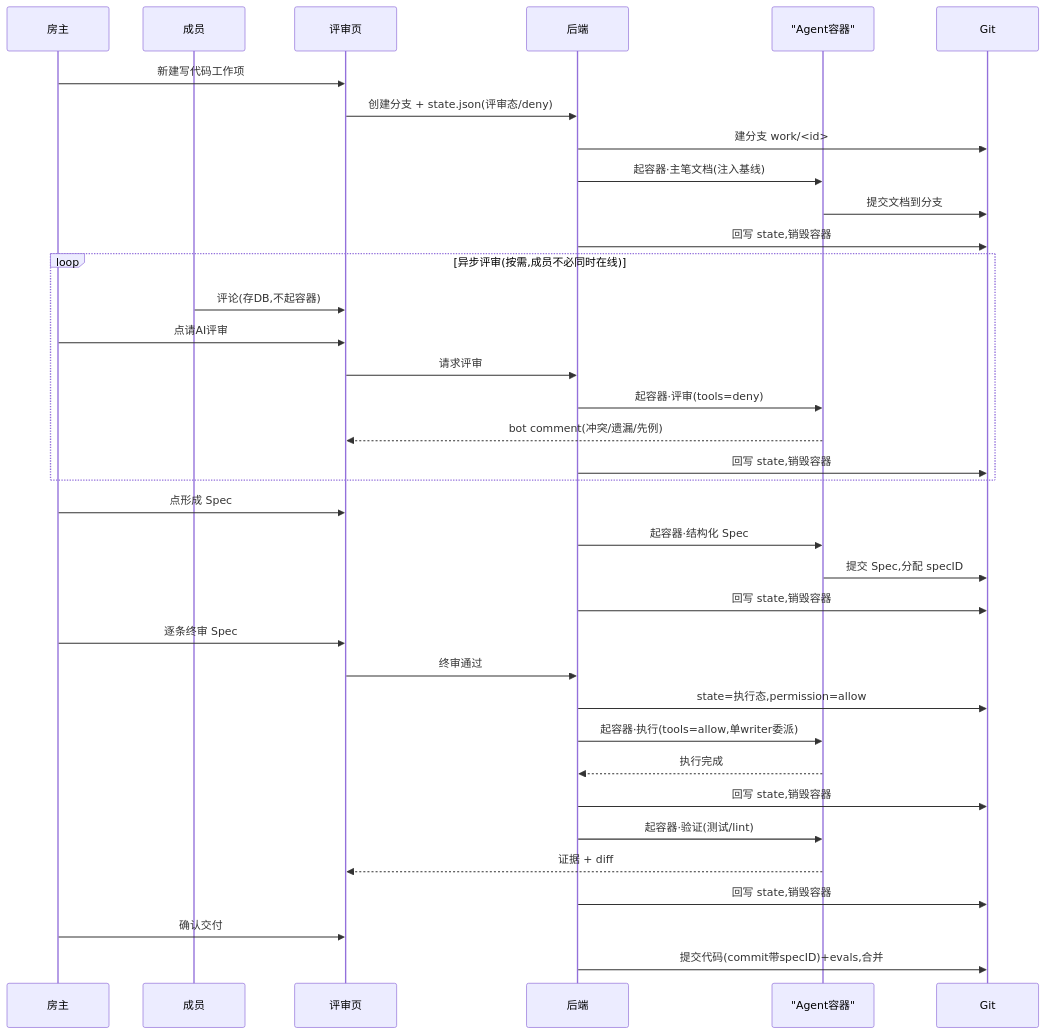
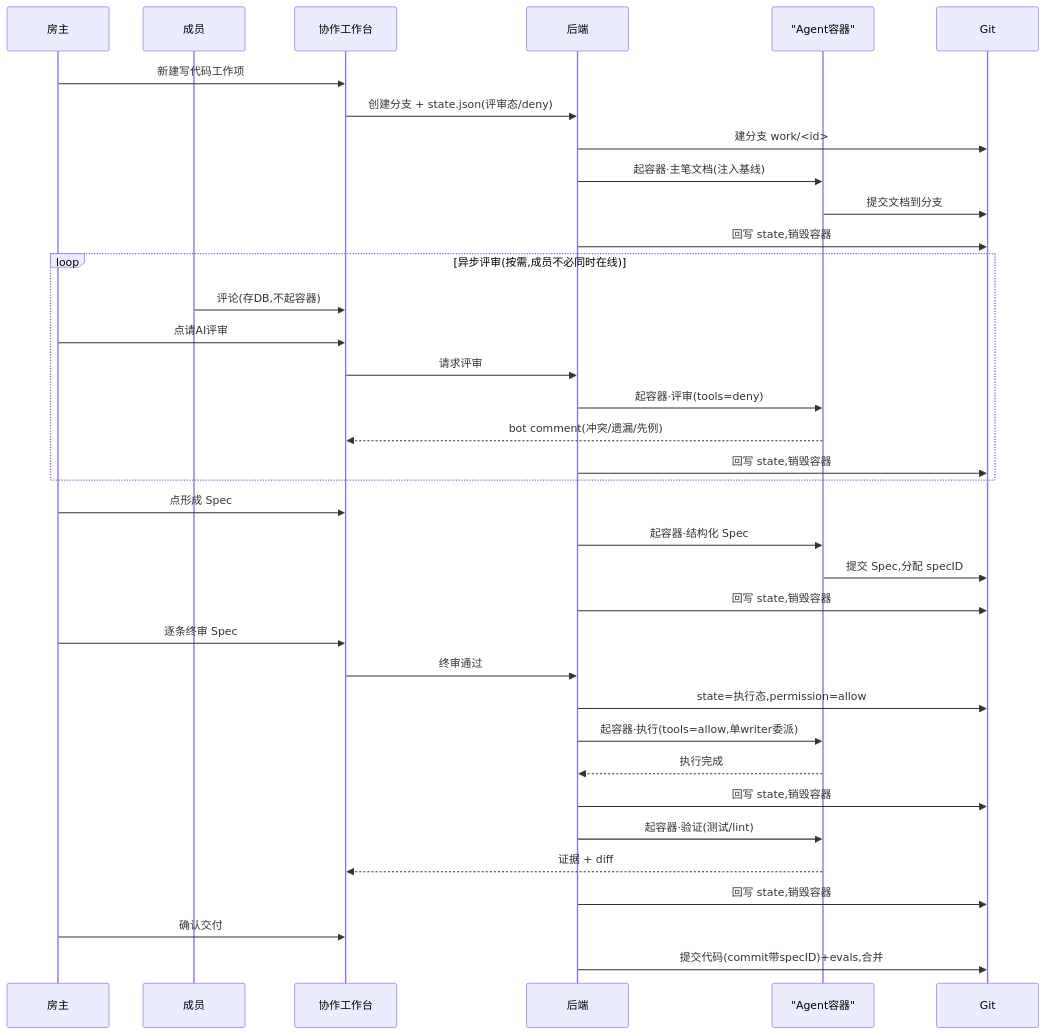
Before and after one commit to wonglaitung/opencode: the second of 6 diagrams in COLLECTIVE.md, drawn with Mermaid. The commit also changed other lines of this file, not shown here.

````diff
--- a/COLLECTIVE.md
+++ b/COLLECTIVE.md
@@ -161,44 +161,44 @@
 ```mermaid
 sequenceDiagram
     participant 房主
     participant 成员
-    participant 评审页
+    participant 协作工作台
     participant 后端
     participant 容器 as "Agent容器"
     participant Git
 
-    房主->>评审页: 新建写代码工作项
-    评审页->>后端: 创建分支 + state.json(评审态/deny)
+    房主->>协作工作台: 新建写代码工作项
+    协作工作台->>后端: 创建分支 + state.json(评审态/deny)
     后端->>Git: 建分支 work/<id>
 
     后端->>容器: 起容器·主笔文档(注入基线)
     容器->>Git: 提交文档到分支
     后端->>Git: 回写 state,销毁容器
 
     loop 异步评审(按需,成员不必同时在线)
-        成员->>评审页: 评论(存DB,不起容器)
-        房主->>评审页: 点请AI评审
-        评审页->>后端: 请求评审
+        成员->>协作工作台: 评论(存DB,不起容器)
+        房主->>协作工作台: 点请AI评审
+        协作工作台->>后端: 请求评审
         后端->>容器: 起容器·评审(tools=deny)
-        容器-->>评审页: bot comment(冲突/遗漏/先例)
+        容器-->>协作工作台: bot comment(冲突/遗漏/先例)
         后端->>Git: 回写 state,销毁容器
     end
 
-    房主->>评审页: 点形成 Spec
+    房主->>协作工作台: 点形成 Spec
     后端->>容器: 起容器·结构化 Spec
     容器->>Git: 提交 Spec,分配 specID
     后端->>Git: 回写 state,销毁容器
-    房主->>评审页: 逐条终审 Spec
-    评审页->>后端: 终审通过
+    房主->>协作工作台: 逐条终审 Spec
+    协作工作台->>后端: 终审通过
     后端->>Git: state=执行态,permission=allow
 
     后端->>容器: 起容器·执行(tools=allow,单writer委派)
     容器-->>后端: 执行完成
     后端->>Git: 回写 state,销毁容器
 
     后端->>容器: 起容器·验证(测试/lint)
-    容器-->>评审页: 证据 + diff
+    容器-->>协作工作台: 证据 + diff
     后端->>Git: 回写 state,销毁容器
-    房主->>评审页: 确认交付
+    房主->>协作工作台: 确认交付
     后端->>Git: 提交代码(commit带specID)+evals,合并
 ```
````
